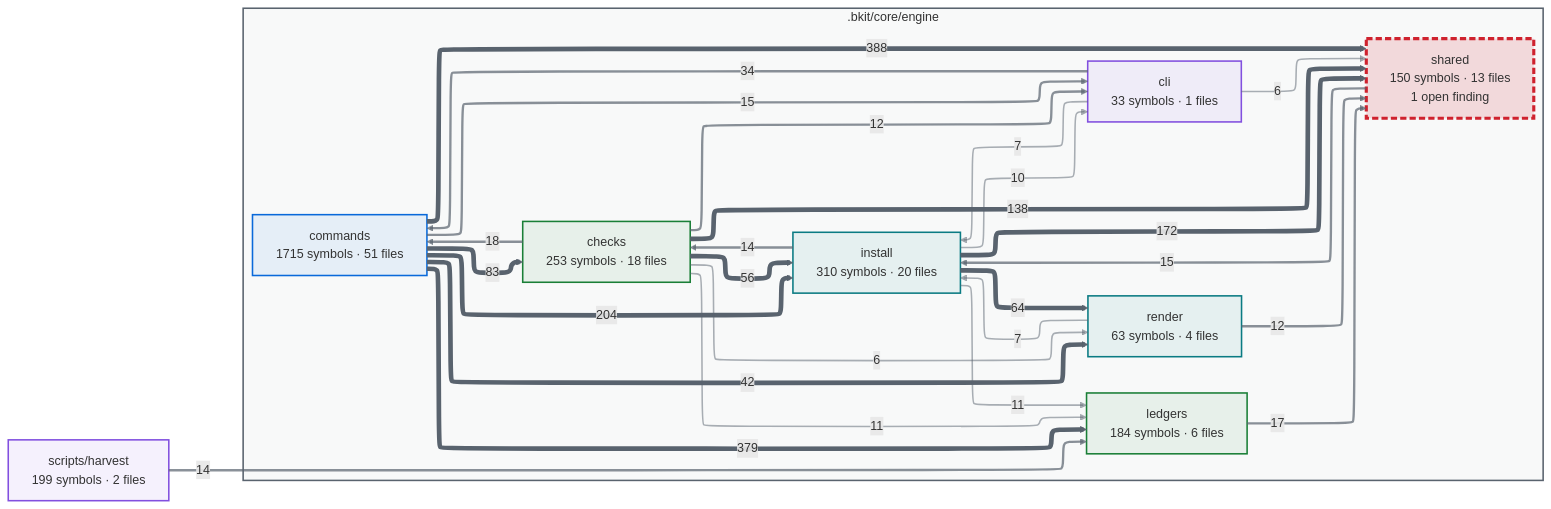
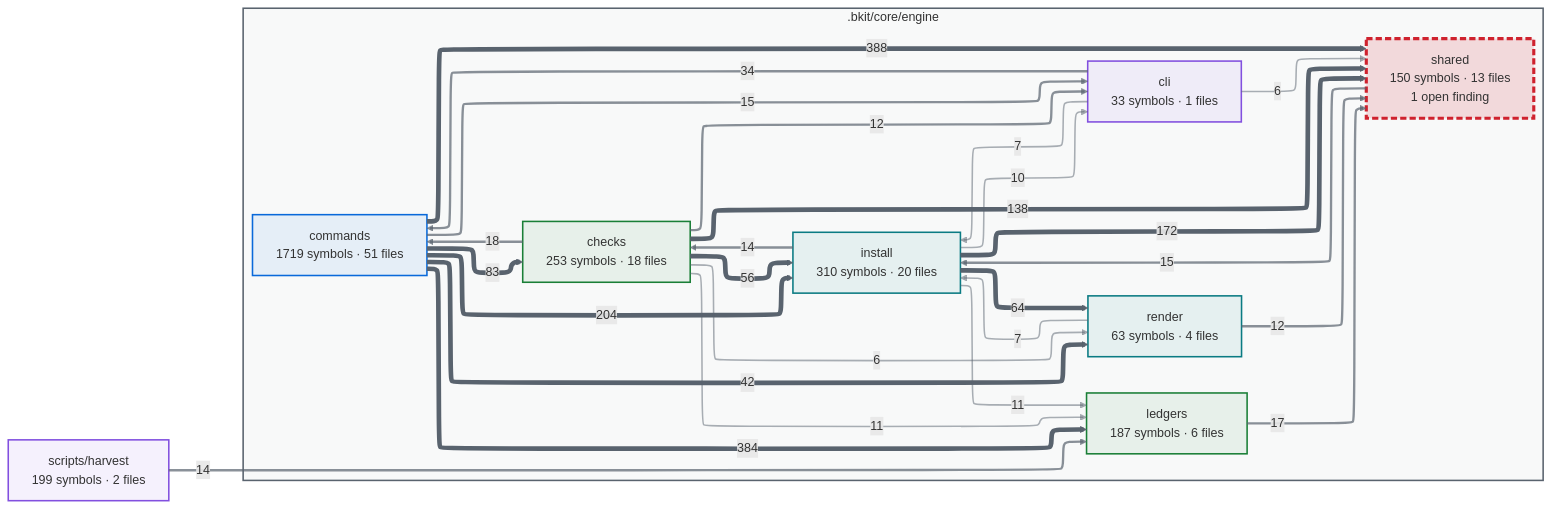
Before and after one commit to cbartens/bkit: the first of 2 diagrams in docs/capabilities.md, drawn with Mermaid. The commit also changed other lines of this file and 51 other files, not shown here.

````diff
--- a/docs/capabilities.md
+++ b/docs/capabilities.md
@@ -154,80 +154,80 @@
 ```mermaid
 ---
 config:
   layout: elk
   themeCSS: "marker { overflow: visible; } marker path { transform: scale(1.8); transform-origin: 5px 5px; }"
   flowchart:
     useMaxWidth: false
 ---
 flowchart LR
   %% Generated by bkit-graphify-rollup.py — do not edit
   subgraph gn_bkit_core_engine[".bkit/core/engine"]
     n_bkit_core_engine_checks["checks<br/>253 symbols · 18 files"]
     n_bkit_core_engine_cli["cli<br/>33 symbols · 1 files"]
-    n_bkit_core_engine_commands["commands<br/>1715 symbols · 51 files"]
+    n_bkit_core_engine_commands["commands<br/>1719 symbols · 51 files"]
     n_bkit_core_engine_install["install<br/>310 symbols · 20 files"]
-    n_bkit_core_engine_ledgers["ledgers<br/>184 symbols · 6 files"]
+    n_bkit_core_engine_ledgers["ledgers<br/>187 symbols · 6 files"]
     n_bkit_core_engine_render["render<br/>63 symbols · 4 files"]
     n_bkit_core_engine_shared["shared<br/>150 symbols · 13 files<br/>1 open finding"]
   end
   nscripts_harvest["scripts/harvest<br/>199 symbols · 2 files"]
   n_bkit_core_engine_commands -->|388| n_bkit_core_engine_shared
-  n_bkit_core_engine_commands -->|379| n_bkit_core_engine_ledgers
+  n_bkit_core_engine_commands -->|384| n_bkit_core_engine_ledgers
   n_bkit_core_engine_commands -->|204| n_bkit_core_engine_install
   n_bkit_core_engine_install -->|172| n_bkit_core_engine_shared
   n_bkit_core_engine_checks -->|138| n_bkit_core_engine_shared
   n_bkit_core_engine_commands -->|83| n_bkit_core_engine_checks
   n_bkit_core_engine_install -->|64| n_bkit_core_engine_render
   n_bkit_core_engine_checks -->|56| n_bkit_core_engine_install
   n_bkit_core_engine_commands -->|42| n_bkit_core_engine_render
   n_bkit_core_engine_cli -->|34| n_bkit_core_engine_commands
   n_bkit_core_engine_checks -->|18| n_bkit_core_engine_commands
   n_bkit_core_engine_ledgers -->|17| n_bkit_core_engine_shared
   n_bkit_core_engine_shared -->|15| n_bkit_core_engine_install
   n_bkit_core_engine_commands -->|15| n_bkit_core_engine_cli
   n_bkit_core_engine_install -->|14| n_bkit_core_engine_checks
   nscripts_harvest -->|14| n_bkit_core_engine_ledgers
   n_bkit_core_engine_checks -->|12| n_bkit_core_engine_cli
   n_bkit_core_engine_render -->|12| n_bkit_core_engine_shared
   n_bkit_core_engine_checks -->|11| n_bkit_core_engine_ledgers
   n_bkit_core_engine_install -->|11| n_bkit_core_engine_ledgers
   n_bkit_core_engine_install -->|10| n_bkit_core_engine_cli
   n_bkit_core_engine_cli -->|7| n_bkit_core_engine_install
   n_bkit_core_engine_render -->|7| n_bkit_core_engine_install
   n_bkit_core_engine_checks -->|6| n_bkit_core_engine_render
   n_bkit_core_engine_cli -->|6| n_bkit_core_engine_shared
   style gn_bkit_core_engine fill:#59636e0a,stroke:#59636e,stroke-width:2px
   style n_bkit_core_engine_checks stroke:#1a7f37,stroke-width:2px,fill:#1a7f3714
   style n_bkit_core_engine_cli stroke:#8250df,stroke-width:2px,fill:#8250df14
   style n_bkit_core_engine_commands stroke:#0969da,stroke-width:2px,fill:#0969da14
   style n_bkit_core_engine_install stroke:#0a7b83,stroke-width:2px,fill:#0a7b8314
   style n_bkit_core_engine_ledgers stroke:#1a7f37,stroke-width:2px,fill:#1a7f3714
   style n_bkit_core_engine_render stroke:#0a7b83,stroke-width:2px,fill:#0a7b8314
   style n_bkit_core_engine_shared stroke:#cf222e,stroke-width:4px,stroke-dasharray:8 4,fill:#cf222e26
   style nscripts_harvest stroke:#8250df,stroke-width:2px,fill:#8250df14
   linkStyle 0 stroke:#59636e,stroke-width:6px
   linkStyle 1 stroke:#59636e,stroke-width:6px
   linkStyle 2 stroke:#59636e,stroke-width:6px
   linkStyle 3 stroke:#59636e,stroke-width:6px
   linkStyle 4 stroke:#59636e,stroke-width:6px
   linkStyle 5 stroke:#59636e,stroke-width:6px
   linkStyle 6 stroke:#59636e,stroke-width:6px
   linkStyle 7 stroke:#59636e,stroke-width:6px
   linkStyle 8 stroke:#59636e,stroke-width:6px
   linkStyle 9 stroke:#59636eb3,stroke-width:3px
   linkStyle 10 stroke:#59636eb3,stroke-width:3px
   linkStyle 11 stroke:#59636eb3,stroke-width:3px
   linkStyle 12 stroke:#59636eb3,stroke-width:3px
   linkStyle 13 stroke:#59636eb3,stroke-width:3px
   linkStyle 14 stroke:#59636eb3,stroke-width:3px
   linkStyle 15 stroke:#59636eb3,stroke-width:3px
   linkStyle 16 stroke:#59636eb3,stroke-width:3px
   linkStyle 17 stroke:#59636eb3,stroke-width:3px
   linkStyle 18 stroke:#59636e80,stroke-width:2px
   linkStyle 19 stroke:#59636e80,stroke-width:2px
   linkStyle 20 stroke:#59636e80,stroke-width:2px
   linkStyle 21 stroke:#59636e80,stroke-width:2px
   linkStyle 22 stroke:#59636e80,stroke-width:2px
   linkStyle 23 stroke:#59636e80,stroke-width:2px
   linkStyle 24 stroke:#59636e80,stroke-width:2px
 ```
````
